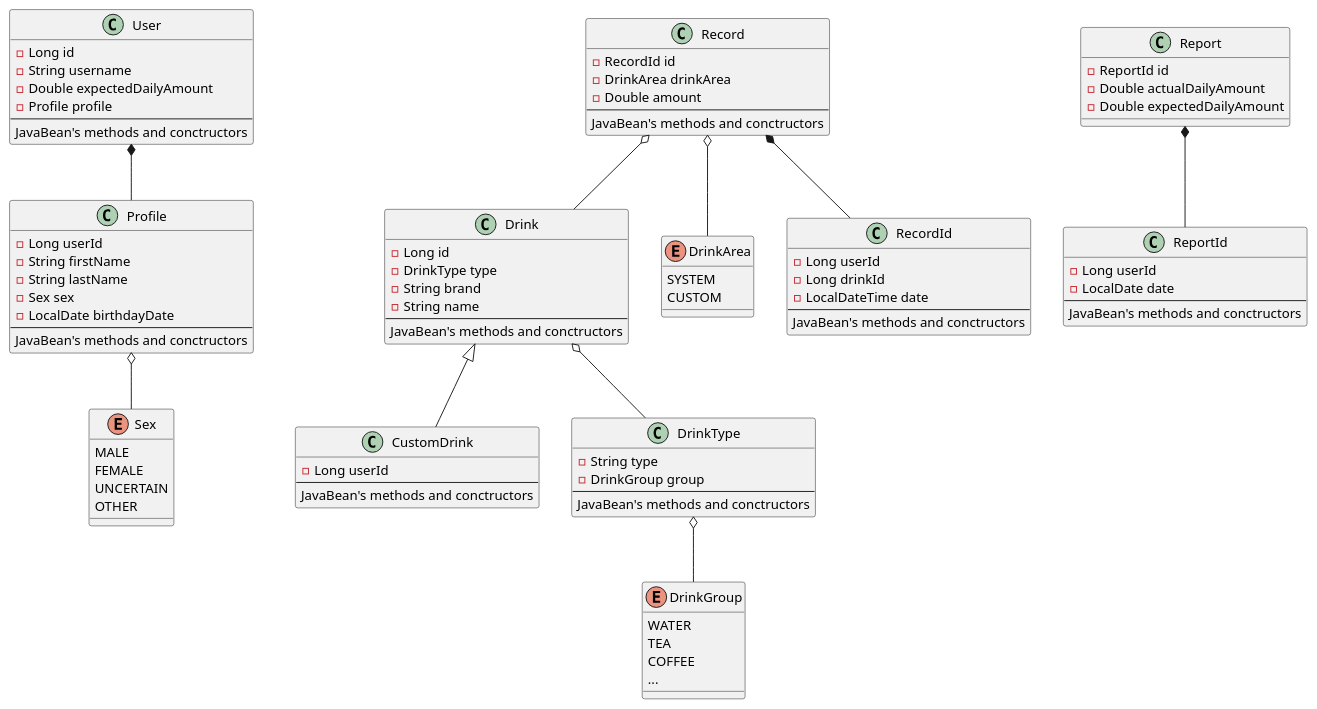
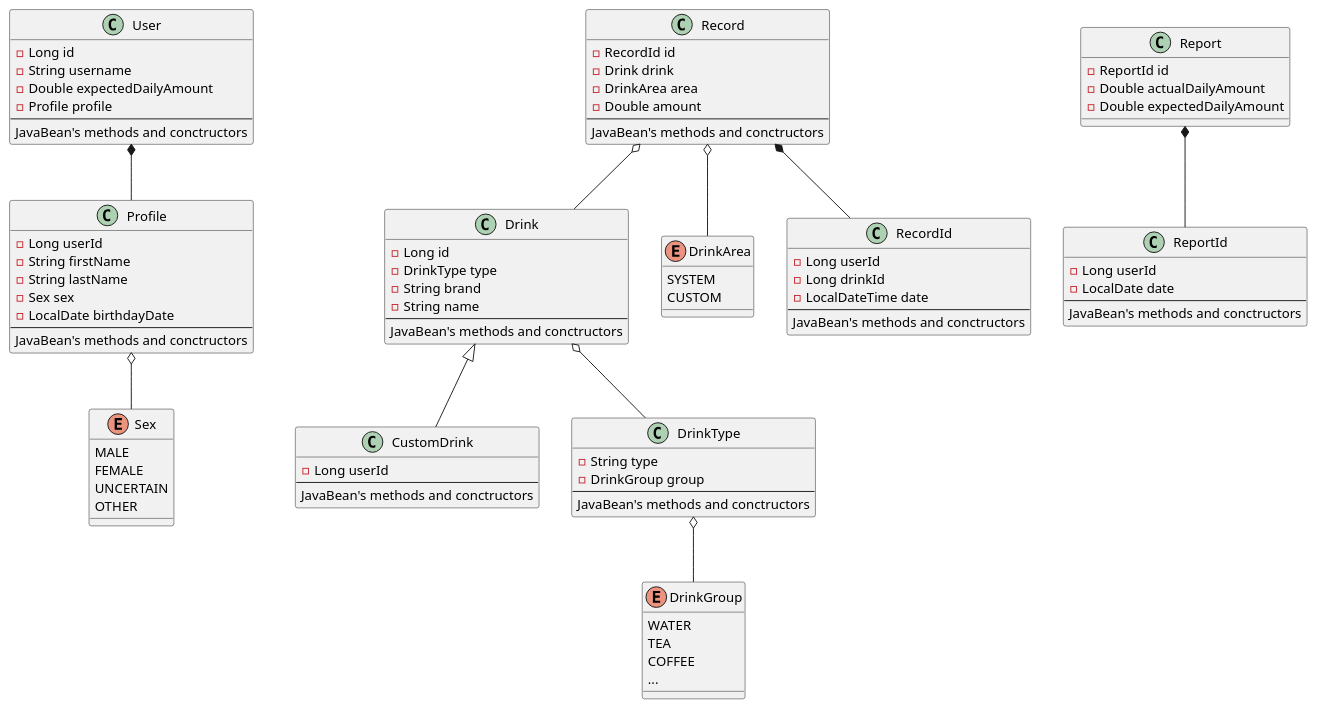
One commit to laurenci/hydrotrack changed the diagram in schemas/uml/class/core_models.puml. Above: the diagram before and after it, drawn with PlantUML. The commit also changed 47 other files, not shown here.

```diff
--- a/schemas/uml/class/core_models.puml
+++ b/schemas/uml/class/core_models.puml
@@ -1,104 +1,105 @@
 @startuml
 class User {
     - Long id
     - String username
     - Double expectedDailyAmount
     - Profile profile
     --
     JavaBean's methods and conctructors
 }
 
 class Profile {
     - Long userId
     - String firstName
     - String lastName
     - Sex sex
     - LocalDate birthdayDate
     --
     JavaBean's methods and conctructors
 }
 
 enum Sex {
     MALE
     FEMALE
     UNCERTAIN
     OTHER
 }
 
 User *-- Profile
 Profile o-- Sex 
 
 class Drink {
     - Long id
     - DrinkType type
     - String brand
     - String name
     --
     JavaBean's methods and conctructors
 }
 
 class CustomDrink {
     - Long userId
     --
     JavaBean's methods and conctructors
 }
 
 class DrinkType {
     - String type
     - DrinkGroup group
     --
     JavaBean's methods and conctructors
 }
 
 enum DrinkGroup {
     WATER
     TEA
     COFFEE
     ...
 }
 
 Drink <|-- CustomDrink
 Drink o-- DrinkType
 DrinkType o-- DrinkGroup
 
 class Record {
     - RecordId id
-    - DrinkArea drinkArea
+    - Drink drink
+    - DrinkArea area
     - Double amount
     --
     JavaBean's methods and conctructors
 }
 
 enum DrinkArea {
     SYSTEM
     CUSTOM
 }
 
 Record o-- DrinkArea
 
 class RecordId {
     - Long userId
     - Long drinkId
     - LocalDateTime date
     --
     JavaBean's methods and conctructors
 }
 
 Record *-- RecordId
 Record o-- Drink
 
 class Report {
     - ReportId id
     - Double actualDailyAmount
     - Double expectedDailyAmount
 }
 
 class ReportId {
     - Long userId
     - LocalDate date
     --
     JavaBean's methods and conctructors
 }
 
 Report *-- ReportId
 @enduml
```
